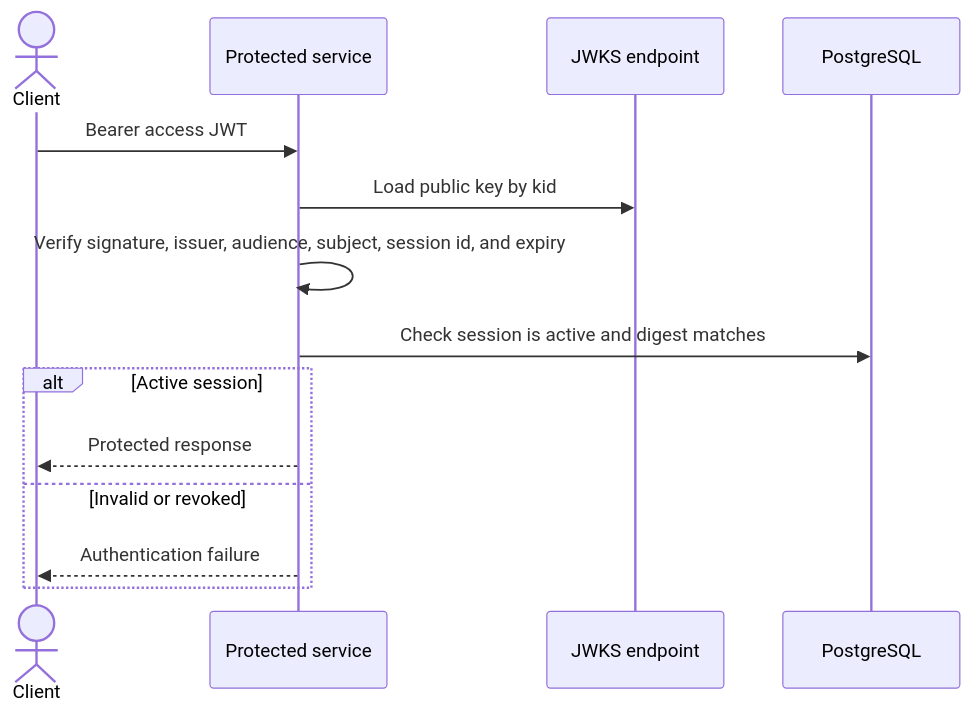
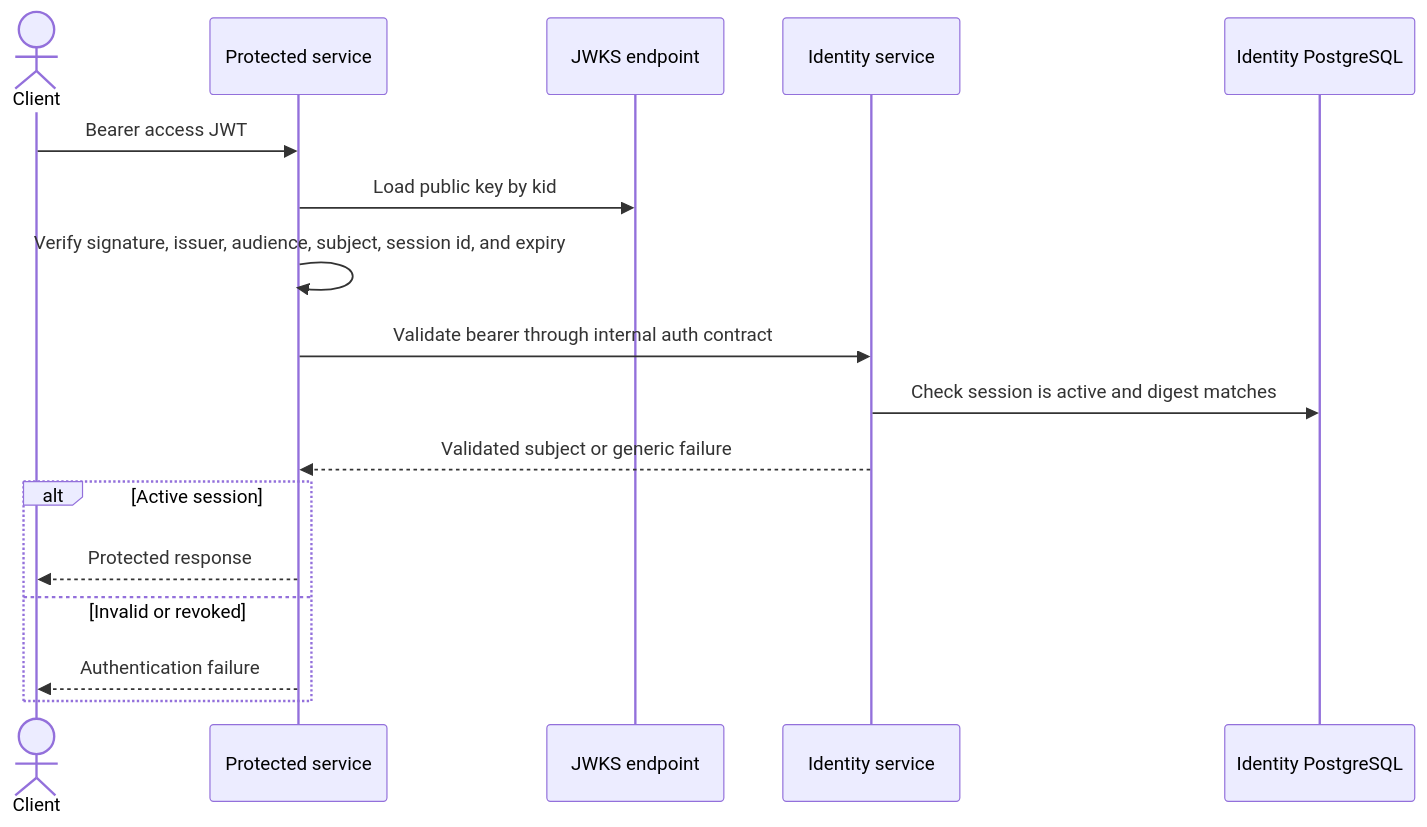
The third of 4 diagrams in docs/diagrams/identity-jwt.md (tdespenza/lifeos), drawn with Mermaid before and after one commit. The commit also changed other lines of this file and 33 other files, not shown here.

````diff
--- a/docs/diagrams/identity-jwt.md
+++ b/docs/diagrams/identity-jwt.md
@@ -58,17 +59,20 @@
 ```mermaid
 sequenceDiagram
     actor Client
     participant Service as Protected service
     participant JWKS as JWKS endpoint
-    participant DB as PostgreSQL
+    participant Identity as Identity service
+    participant DB as Identity PostgreSQL
 
     Client->>Service: Bearer access JWT
     Service->>JWKS: Load public key by kid
     Service->>Service: Verify signature, issuer, audience, subject, session id, and expiry
-    Service->>DB: Check session is active and digest matches
+    Service->>Identity: Validate bearer through internal auth contract
+    Identity->>DB: Check session is active and digest matches
+    Identity-->>Service: Validated subject or generic failure
     alt Active session
         Service-->>Client: Protected response
     else Invalid or revoked
         Service-->>Client: Authentication failure
     end
 ```
````
